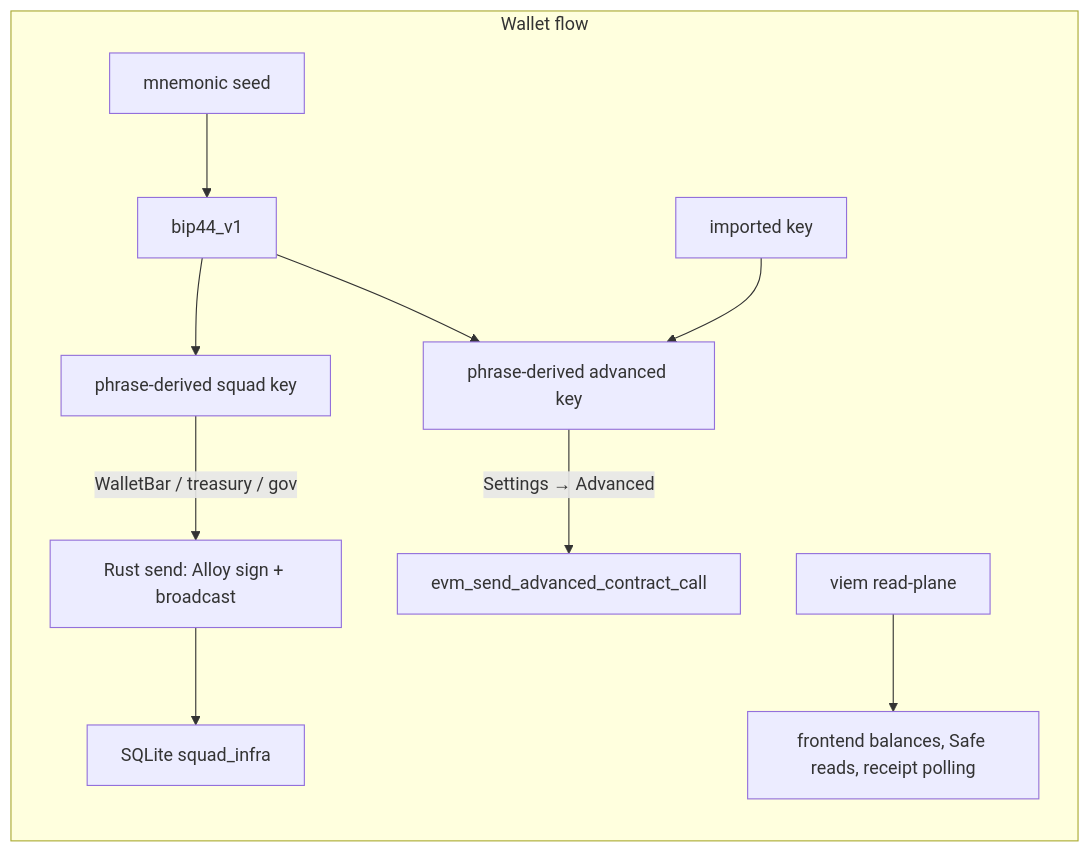
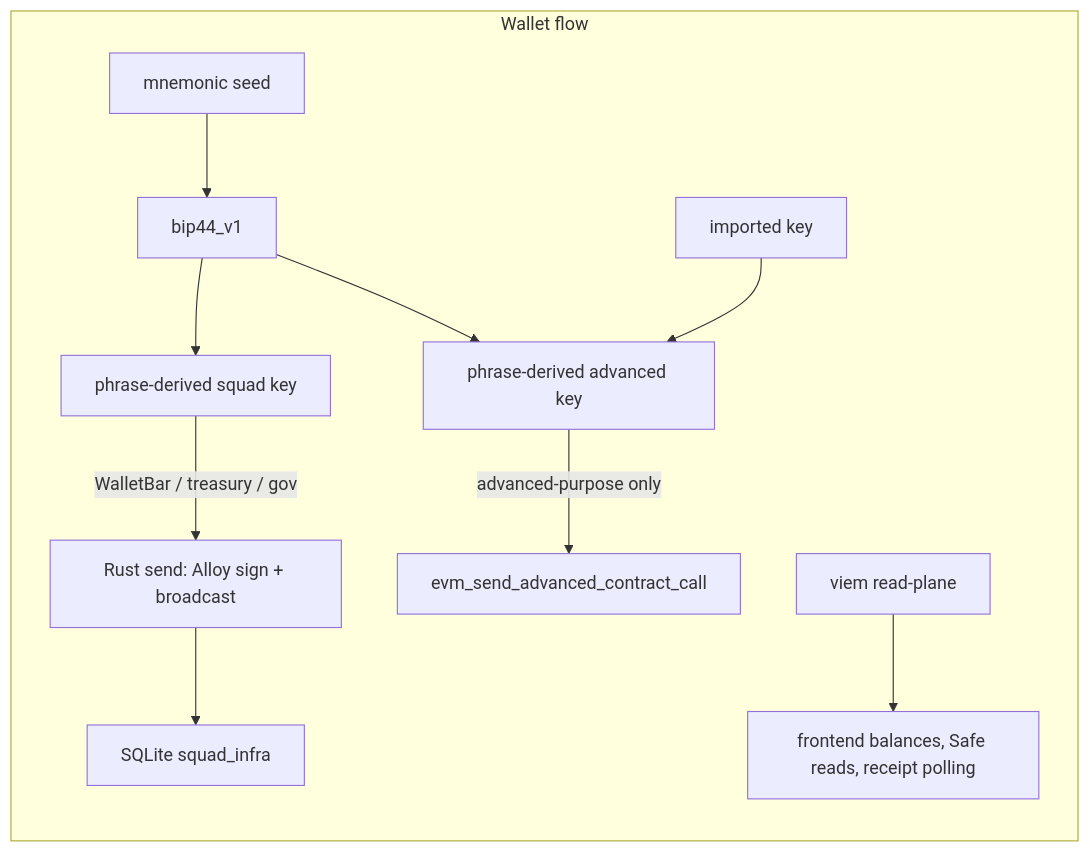
One commit to covenant-gov/pacto-app changed the third of 4 diagrams in docs/ARCHITECTURE.md. Above: the diagram before and after it, drawn with Mermaid. The commit also changed other lines of this file and 125 other files, not shown here.

````diff
--- a/docs/ARCHITECTURE.md
+++ b/docs/ARCHITECTURE.md
@@ -81,13 +81,13 @@
 ```mermaid
 flowchart LR
     subgraph Wallet["Wallet flow"]
         A[mnemonic seed] --> B[bip44_v1]
         B --> C[phrase-derived squad key]
         B --> D[phrase-derived advanced key]
         E[imported key] --> D
         C -->|WalletBar / treasury / gov| F[Rust send: Alloy sign + broadcast]
-        D -->|Settings → Advanced| G[evm_send_advanced_contract_call]
+        D -->|advanced-purpose only| G[evm_send_advanced_contract_call]
         H[viem read-plane] --> I[frontend balances, Safe reads, receipt polling]
         F --> J[SQLite squad_infra]
     end
 ```
````
